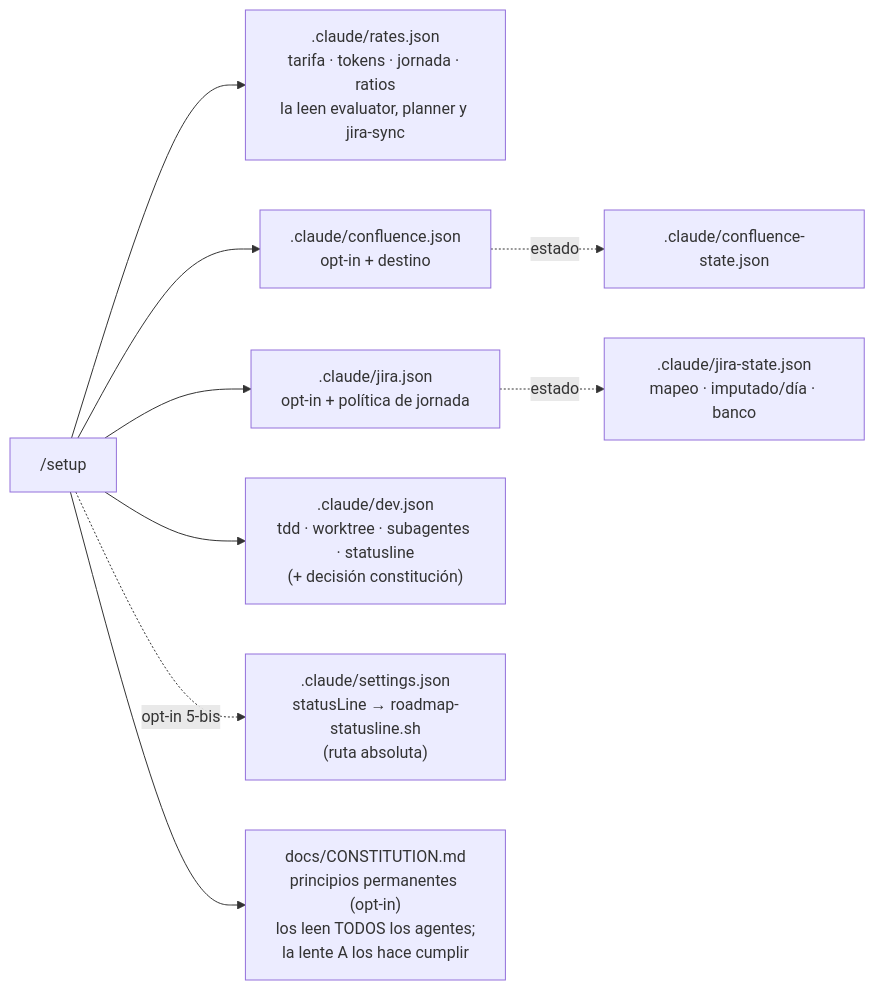
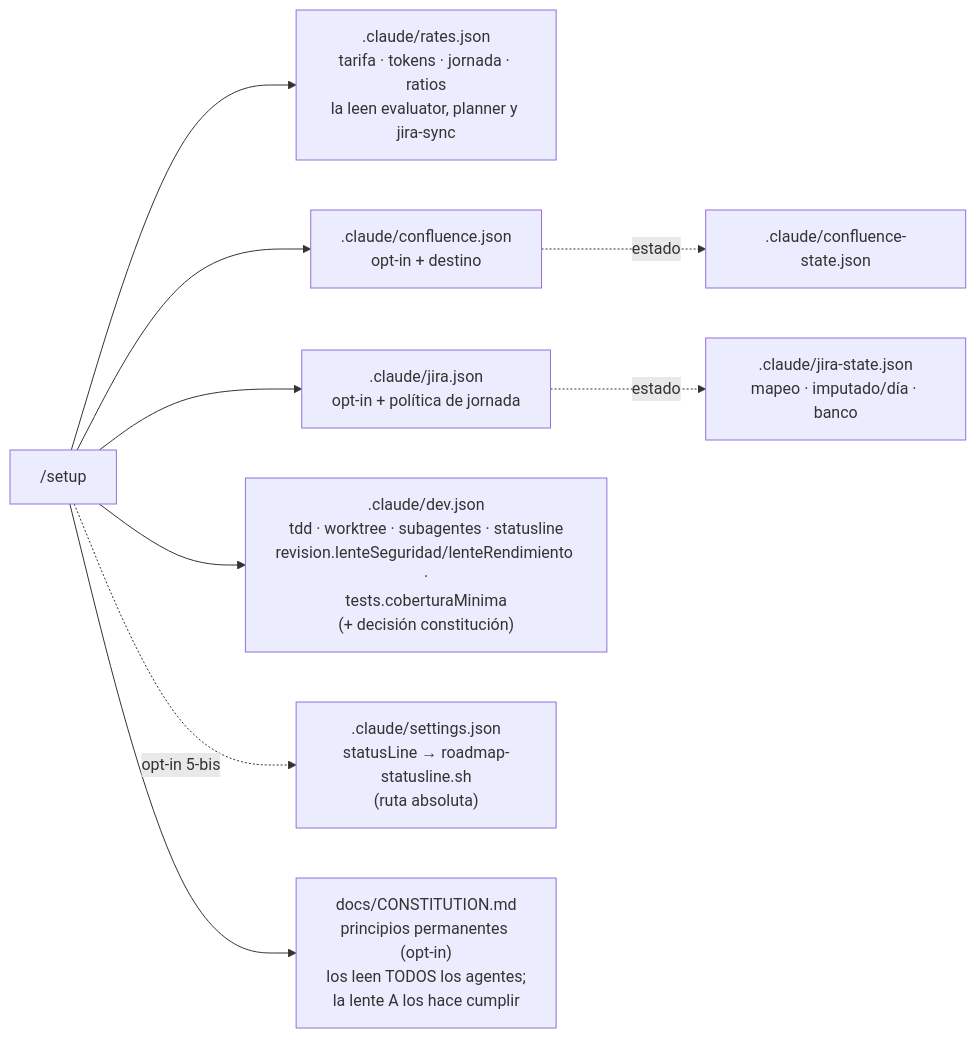
One commit to daycry/custom-agents changed diagram 12 of 12 in docs/FLOWS.md. Above: the diagram before and after it, drawn with Mermaid. The commit also changed other lines of this file and 215 other files, not shown here.

````diff
--- a/docs/FLOWS.md
+++ b/docs/FLOWS.md
@@ -260,11 +322,11 @@
 ```mermaid
 flowchart LR
     A["/setup"] --> B[".claude/rates.json<br/>tarifa · tokens · jornada · ratios<br/>la leen evaluator, planner y jira-sync"]
     A --> C[".claude/confluence.json<br/>opt-in + destino"]
     A --> D[".claude/jira.json<br/>opt-in + política de jornada"]
-    A --> G[".claude/dev.json<br/>tdd · worktree · subagentes · statusline<br/>(+ decisión constitución)"]
+    A --> G[".claude/dev.json<br/>tdd · worktree · subagentes · statusline<br/>revision.lenteSeguridad/lenteRendimiento ·<br/>tests.coberturaMinima<br/>(+ decisión constitución)"]
     A -.->|"opt-in 5-bis"| SL[".claude/settings.json<br/>statusLine → roadmap-statusline.sh<br/>(ruta absoluta)"]
     A --> H["docs/CONSTITUTION.md<br/>principios permanentes (opt-in)<br/>los leen TODOS los agentes;<br/>la lente A los hace cumplir"]
     C -.->|estado| E[".claude/confluence-state.json"]
     D -.->|estado| F[".claude/jira-state.json<br/>mapeo · imputado/día · banco"]
 ```
````
